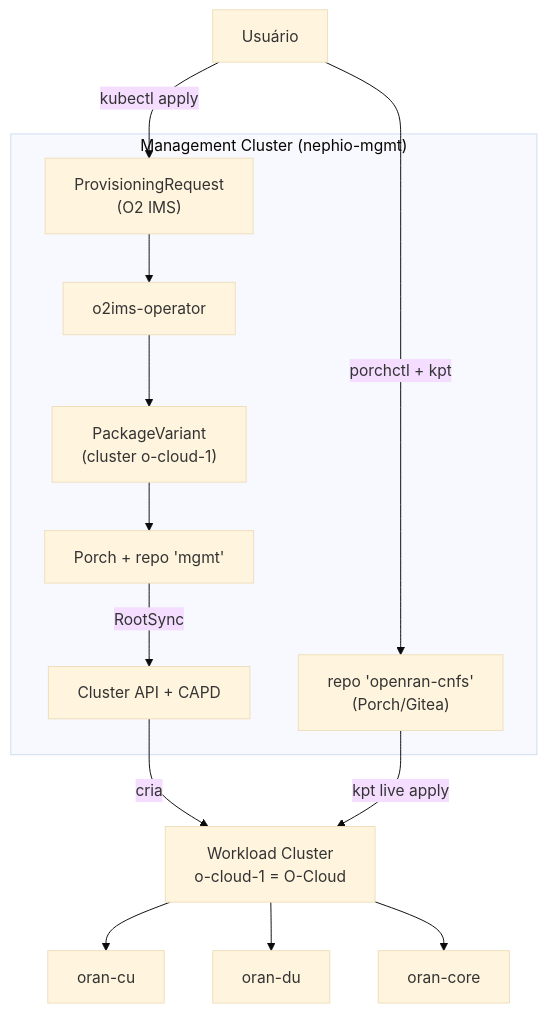
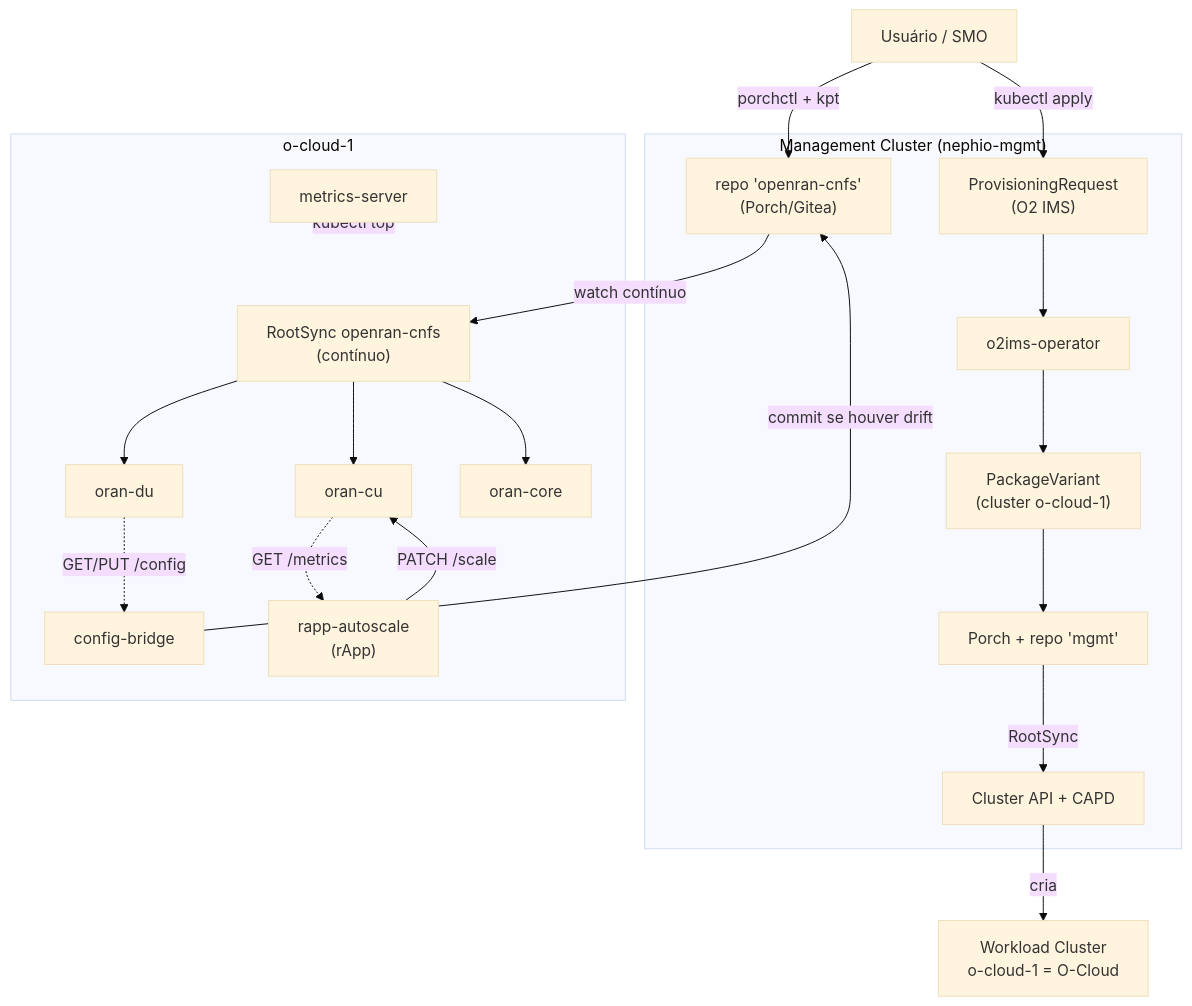
Before and after one commit to DiegoAbreuSWB/OpenRANCESARSMO: the diagram in report/part2-report.md, drawn with Mermaid (base theme). The commit also changed other lines of this file and 19 other files, not shown here.

````diff
--- a/report/part2-report.md
+++ b/report/part2-report.md
@@ -33,17 +34,28 @@
 ```mermaid
 flowchart TD
-    U["Usuário"] -->|kubectl apply| PR["ProvisioningRequest<br/>(O2 IMS)"]
+    U["Usuário / SMO"] -->|kubectl apply| PR["ProvisioningRequest<br/>(O2 IMS)"]
     subgraph MGMT["Management Cluster (nephio-mgmt)"]
         PR --> O2["o2ims-operator"]
         O2 --> PV1["PackageVariant<br/>(cluster o-cloud-1)"]
         PV1 --> POR["Porch + repo 'mgmt'"]
         POR -->|RootSync| CAPI["Cluster API + CAPD"]
         REPO2["repo 'openran-cnfs'<br/>(Porch/Gitea)"]
     end
     CAPI -->|cria| OC["Workload Cluster<br/>o-cloud-1 = O-Cloud"]
     U -->|porchctl + kpt| REPO2
-    REPO2 -->|kpt live apply| OC
-    OC --> CU["oran-cu"]
-    OC --> DU["oran-du"]
-    OC --> CORE["oran-core"]
+    subgraph OCLOUD["o-cloud-1"]
+        RSC["RootSync openran-cnfs<br/>(contínuo)"]
+        CU["oran-cu"]
+        DU["oran-du"]
+        CORE["oran-core"]
+        MS["metrics-server"]
+        CB["config-bridge"]
+        RAPP["rapp-autoscale<br/>(rApp)"]
+    end
+    REPO2 -->|watch contínuo| RSC --> CU & DU & CORE
+    CU -.->|GET /metrics| RAPP
+    RAPP -->|PATCH /scale| CU
+    DU -.->|GET/PUT /config| CB
+    CB -->|commit se houver drift| REPO2
+    MS -.->|kubectl top| OCLOUD
 ```
````
